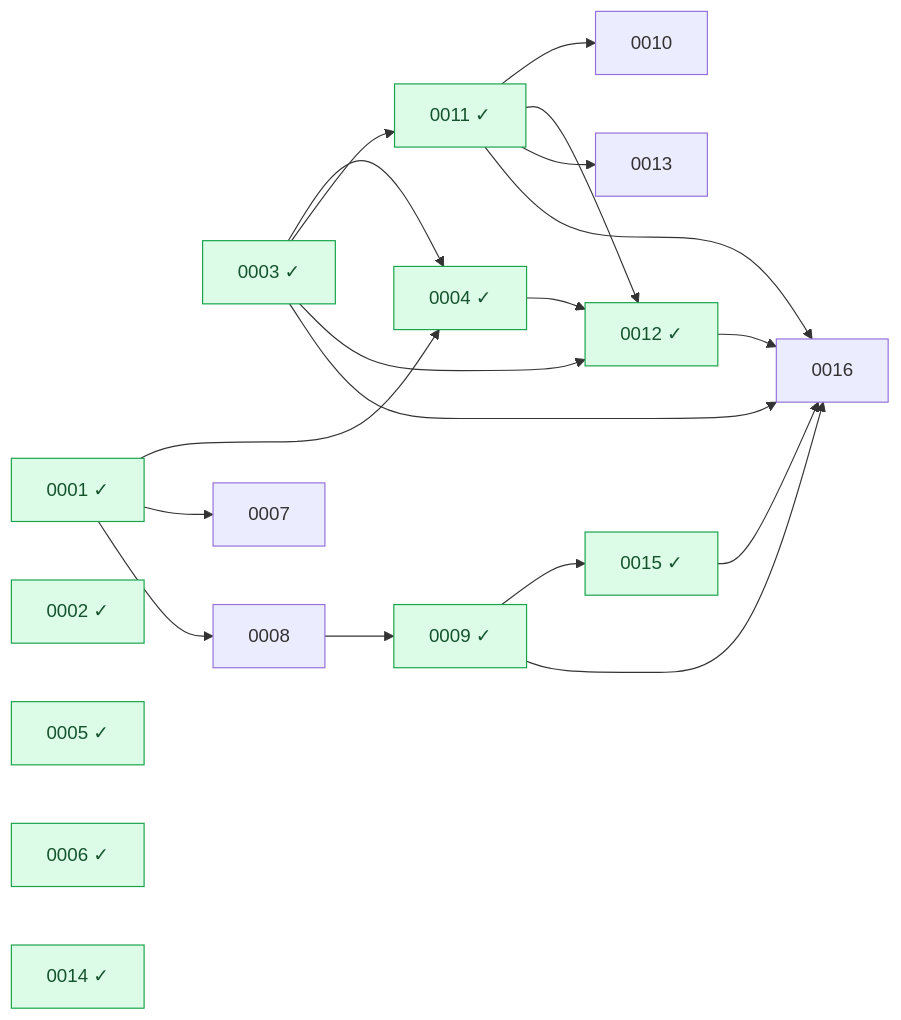
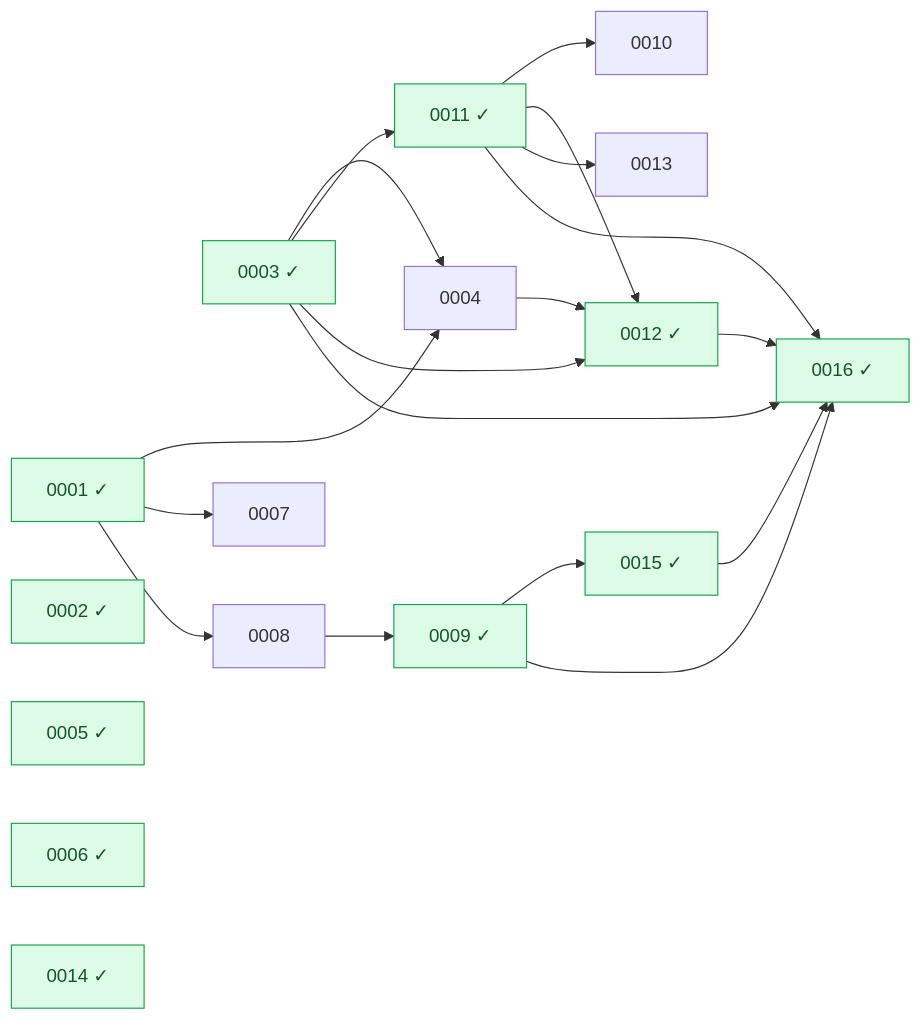
The diagram in docs/rfcs/README.md (Heva-Co/piro), drawn with Mermaid before and after one commit. The commit also changed other lines of this file and 434 other files, not shown here.

````diff
--- a/docs/rfcs/README.md
+++ b/docs/rfcs/README.md
@@ -40,48 +40,48 @@
 ```mermaid
 graph LR
   n0001["0001 ✓"]
   n0002["0002 ✓"]
   n0003["0003 ✓"]
-  n0004["0004 ✓"]
+  n0004["0004"]
   n0005["0005 ✓"]
   n0006["0006 ✓"]
   n0007["0007"]
   n0008["0008"]
   n0009["0009 ✓"]
   n0010["0010"]
   n0011["0011 ✓"]
   n0012["0012 ✓"]
   n0013["0013"]
   n0014["0014 ✓"]
   n0015["0015 ✓"]
-  n0016["0016"]
+  n0016["0016 ✓"]
   n0001 --> n0004
   n0003 --> n0004
   n0001 --> n0007
   n0001 --> n0008
   n0008 --> n0009
   n0011 --> n0010
   n0003 --> n0011
   n0003 --> n0012
   n0004 --> n0012
   n0011 --> n0012
   n0011 --> n0013
   n0009 --> n0015
   n0003 --> n0016
   n0009 --> n0016
   n0011 --> n0016
   n0012 --> n0016
   n0015 --> n0016
   classDef done fill:#dcfce7,stroke:#16a34a,color:#14532d;
   class n0001 done;
   class n0002 done;
   class n0003 done;
-  class n0004 done;
   class n0005 done;
   class n0006 done;
   class n0009 done;
   class n0011 done;
   class n0012 done;
   class n0014 done;
   class n0015 done;
+  class n0016 done;
 ```
````
